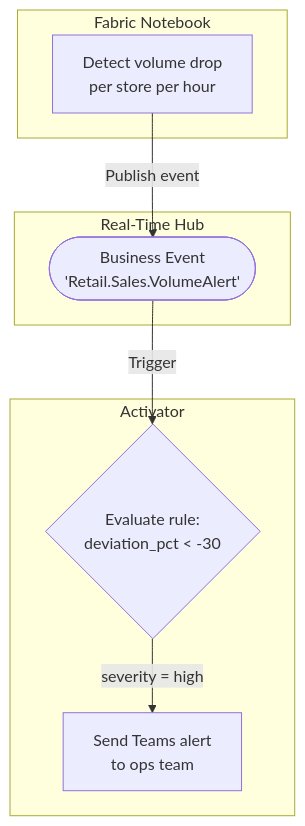
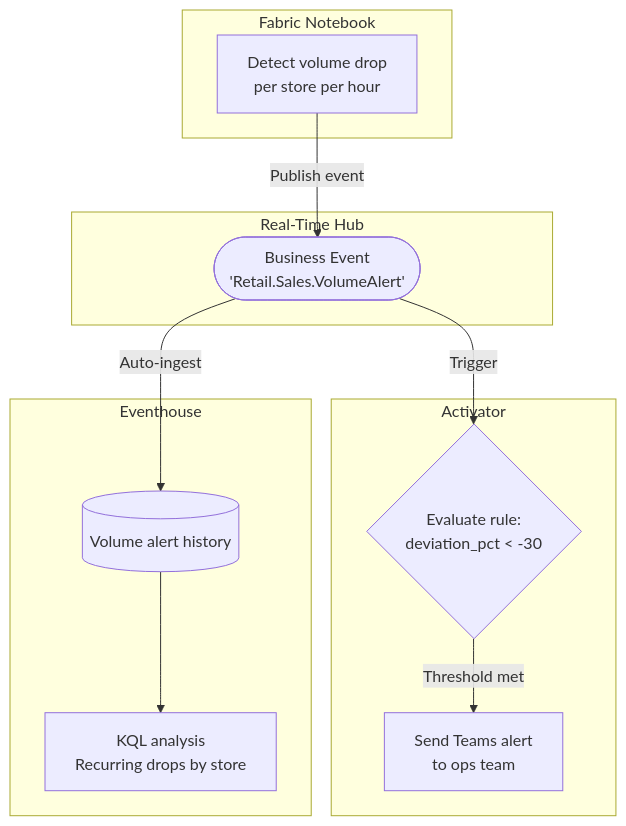
Before and after one commit to microsoft/fabric-events: the first of 2 diagrams in docs/business-events/scenarios/sales-volume-alert.md, drawn with Mermaid. The commit also changed other lines of this file and 15 other files, not shown here.

````diff
--- a/docs/business-events/scenarios/sales-volume-alert.md
+++ b/docs/business-events/scenarios/sales-volume-alert.md
@@ -19,19 +19,26 @@
 ```mermaid
 flowchart TB
     subgraph Fabric Notebook
         A[Detect volume drop\nper store per hour]
     end
 
     subgraph Real-Time Hub
         B([Business Event\n'Retail.Sales.VolumeAlert'])
     end
 
     subgraph Activator
         C{Evaluate rule:\ndeviation_pct < -30}
         D[Send Teams alert\nto ops team]
     end
 
+    subgraph Eventhouse
+        E[(Volume alert history)]
+        F[KQL analysis\nRecurring drops by store]
+    end
+
     A -->|Publish event| B
     B -->|Trigger| C
-    C -->|severity = high| D
+    C -->|Threshold met| D
+    B -->|Auto-ingest| E
+    E --> F
 ```
````
